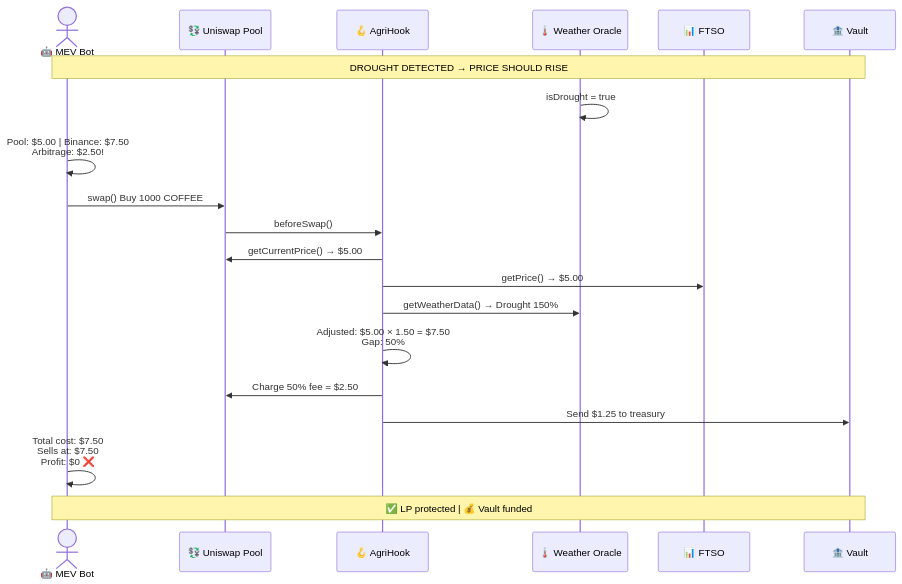
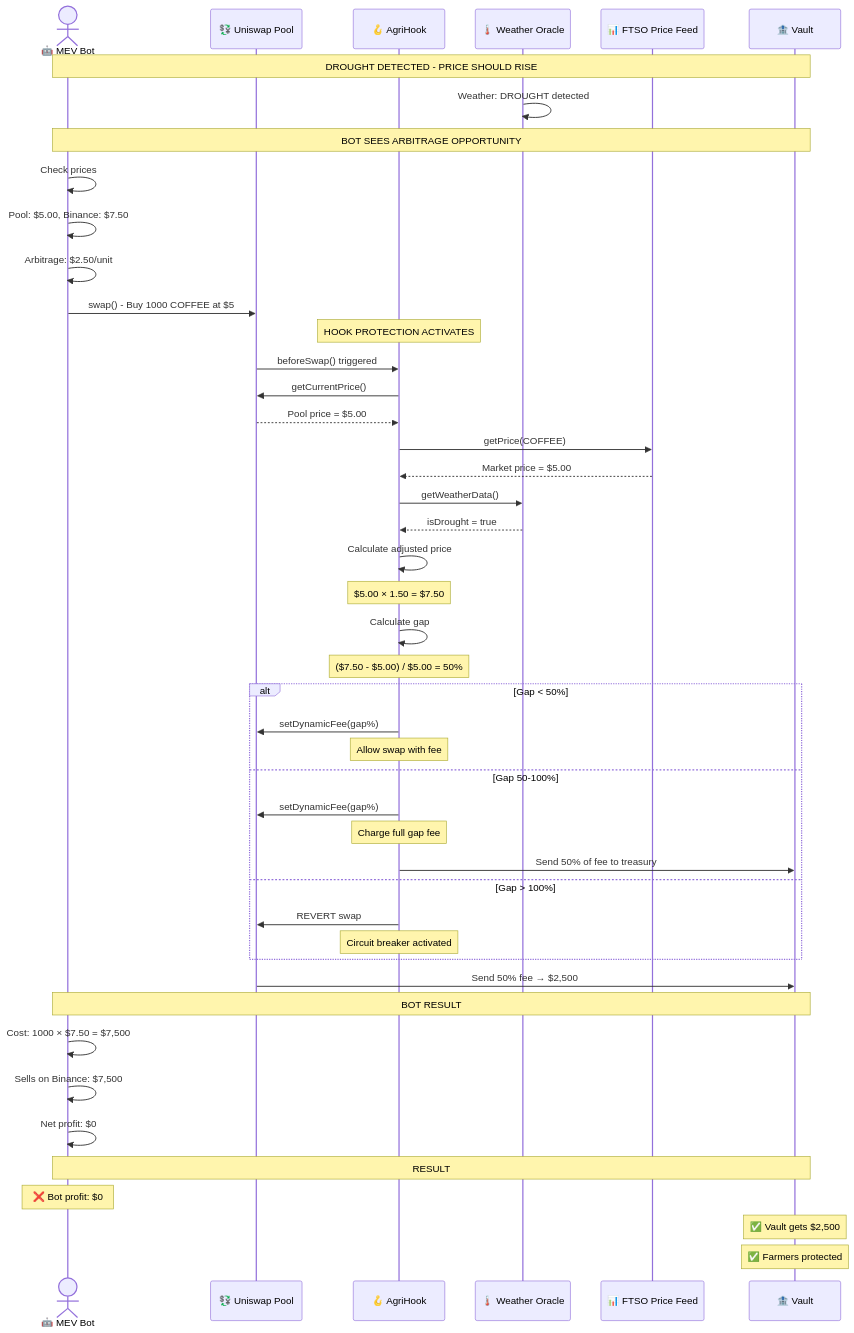
The second of 3 diagrams in README.md (soumyacodes007/flare_fdc), drawn with Mermaid before and after one commit. The commit also changed other lines of this file, not shown here.

Commit message:
fix: repair broken Mermaid diagrams in README

````diff
--- a/README.md
+++ b/README.md
@@ -1065,28 +402,56 @@
 ```mermaid
 sequenceDiagram
     actor Bot as 🤖 MEV Bot
     participant Pool as 💱 Uniswap Pool
     participant Hook as 🪝 AgriHook
     participant Oracle as 🌡️ Weather Oracle
-    participant FTSO as 📊 FTSO
+    participant FTSO as 📊 FTSO Price Feed
     participant Vault as 🏦 Vault
     
-    Note over Bot,Vault: DROUGHT DETECTED → PRICE SHOULD RISE
-    Oracle->>Oracle: isDrought = true
+    Note over Bot,Vault: DROUGHT DETECTED - PRICE SHOULD RISE
+    Oracle->>Oracle: Weather: DROUGHT detected
     
-    Bot->>Bot: Pool: $5.00 | Binance: $7.50<br/>Arbitrage: $2.50!
-    Bot->>Pool: swap() Buy 1000 COFFEE
-    Pool->>Hook: beforeSwap()
+    Note over Bot,Vault: BOT SEES ARBITRAGE OPPORTUNITY
+    Bot->>Bot: Check prices
+    Bot->>Bot: Pool: $5.00, Binance: $7.50
+    Bot->>Bot: Arbitrage: $2.50/unit
     
-    Hook->>Pool: getCurrentPrice() → $5.00
-    Hook->>FTSO: getPrice() → $5.00
-    Hook->>Oracle: getWeatherData() → Drought 150%
-    Hook->>Hook: Adjusted: $5.00 × 1.50 = $7.50<br/>Gap: 50%
+    Bot->>Pool: swap() - Buy 1000 COFFEE at $5
     
-    Hook->>Pool: Charge 50% fee = $2.50
-    Hook->>Vault: Send $1.25 to treasury
+    Note over Hook: HOOK PROTECTION ACTIVATES
+    Pool->>Hook: beforeSwap() triggered
+    Hook->>Pool: getCurrentPrice()
+    Pool-->>Hook: Pool price = $5.00
+    Hook->>FTSO: getPrice(COFFEE)
+    FTSO-->>Hook: Market price = $5.00
+    Hook->>Oracle: getWeatherData()
+    Oracle-->>Hook: isDrought = true
+    Hook->>Hook: Calculate adjusted price
+    Note over Hook: $5.00 × 1.50 = $7.50
+    Hook->>Hook: Calculate gap
+    Note over Hook: ($7.50 - $5.00) / $5.00 = 50%
     
-    Bot->>Bot: Total cost: $7.50<br/>Sells at: $7.50<br/>Profit: $0 ❌
+    alt Gap < 50%
+        Hook->>Pool: setDynamicFee(gap%)
+        Note over Hook: Allow swap with fee
+    else Gap 50-100%
+        Hook->>Pool: setDynamicFee(gap%)
+        Note over Hook: Charge full gap fee
+        Hook->>Vault: Send 50% of fee to treasury
+    else Gap > 100%
+        Hook->>Pool: REVERT swap
+        Note over Hook: Circuit breaker activated
+    end
     
-    Note over Bot,Vault: ✅ LP protected | 💰 Vault funded
+    Pool->>Vault: Send 50% fee → $2,500
+    
+    Note over Bot,Vault: BOT RESULT
+    Bot->>Bot: Cost: 1000 × $7.50 = $7,500
+    Bot->>Bot: Sells on Binance: $7,500
+    Bot->>Bot: Net profit: $0
+    
+    Note over Bot,Vault: RESULT
+    Note over Bot: ❌ Bot profit: $0
+    Note over Vault: ✅ Vault gets $2,500
+    Note over Vault: ✅ Farmers protected
 ```
````
